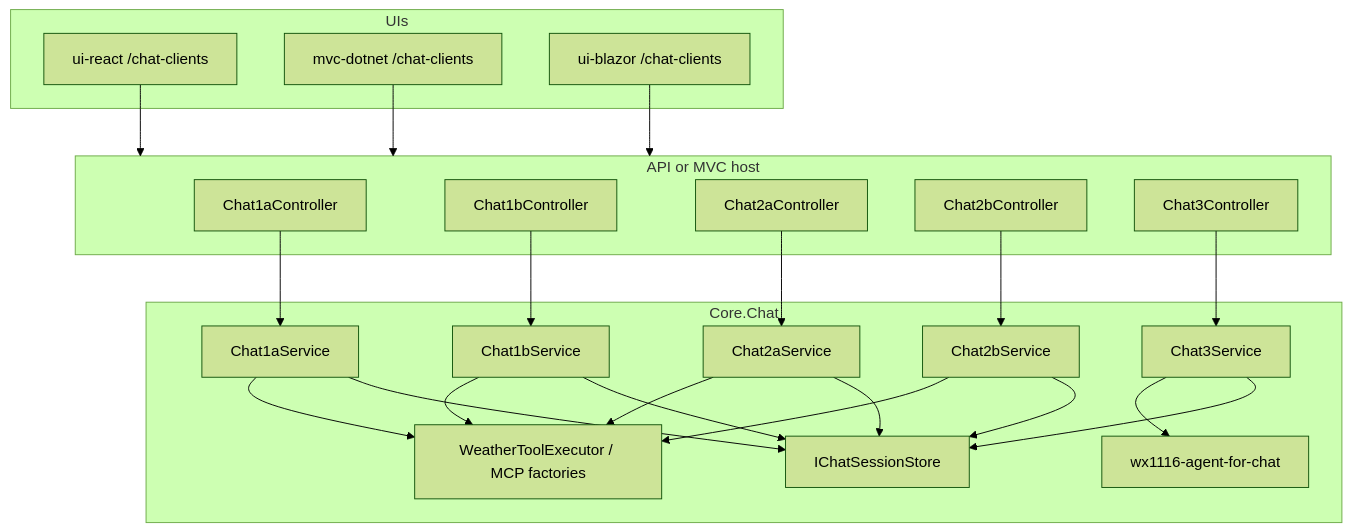
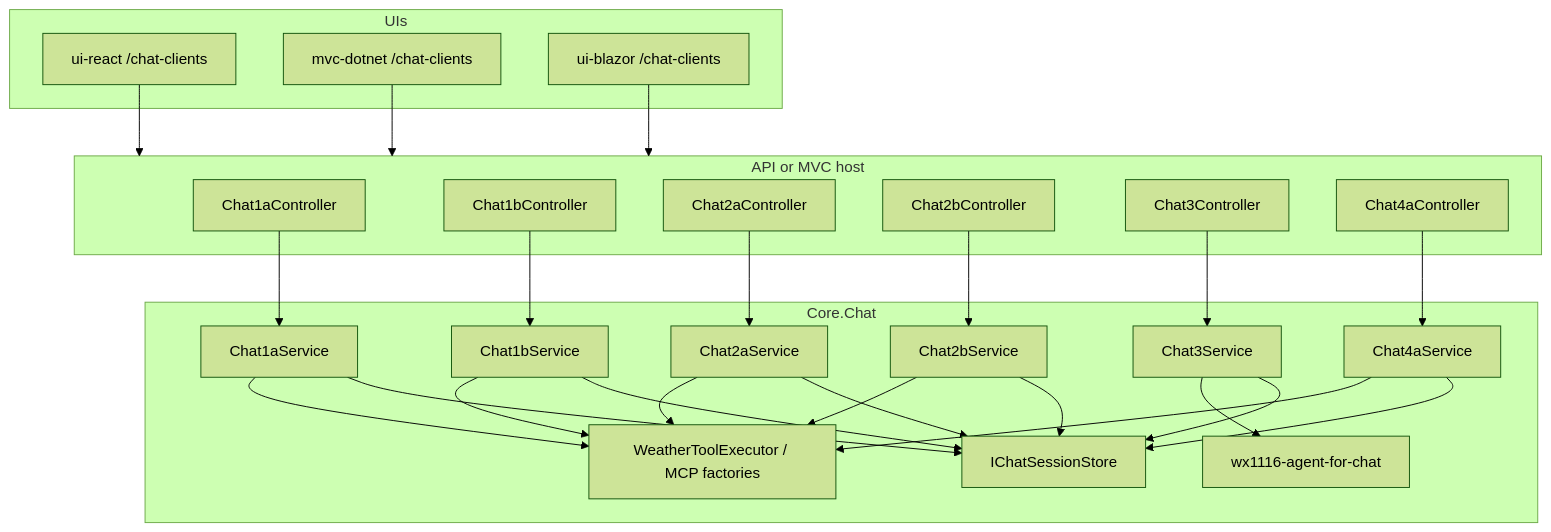
Before and after one commit to dustinkorzaan/weather-1116: the diagram in docs/5-chat-clients/5-chat-clients.md, drawn with Mermaid (forest theme). The commit also changed other lines of this file and 21 other files, not shown here.

````diff
--- a/docs/5-chat-clients/5-chat-clients.md
+++ b/docs/5-chat-clients/5-chat-clients.md
@@ -27,49 +28,54 @@
 ```mermaid
 flowchart TB
     subgraph ui [UIs]
         React[ui-react /chat-clients]
         MVC[mvc-dotnet /chat-clients]
         Blazor[ui-blazor /chat-clients]
     end
 
     subgraph api [API or MVC host]
         C1a[Chat1aController]
         C1b[Chat1bController]
         C2a[Chat2aController]
         C2b[Chat2bController]
         C3[Chat3Controller]
+        C4a[Chat4aController]
     end
 
     subgraph core [Core.Chat]
         S1a[Chat1aService]
         S1b[Chat1bService]
         S2a[Chat2aService]
         S2b[Chat2bService]
         S3[Chat3Service]
+        S4a[Chat4aService]
         Store[IChatSessionStore]
         Tools[WeatherToolExecutor / MCP factories]
         Agent[wx1116-agent-for-chat]
     end
 
     React --> api
     Blazor --> api
     MVC --> api
 
     C1a --> S1a
     C1b --> S1b
     C2a --> S2a
     C2b --> S2b
     C3 --> S3
+    C4a --> S4a
 
     S1a --> Store
     S1b --> Store
     S2a --> Store
     S2b --> Store
     S3 --> Store
+    S4a --> Store
 
     S1a --> Tools
     S1b --> Tools
     S2a --> Tools
     S2b --> Tools
     S3 --> Agent
+    S4a --> Tools
 ```
````
